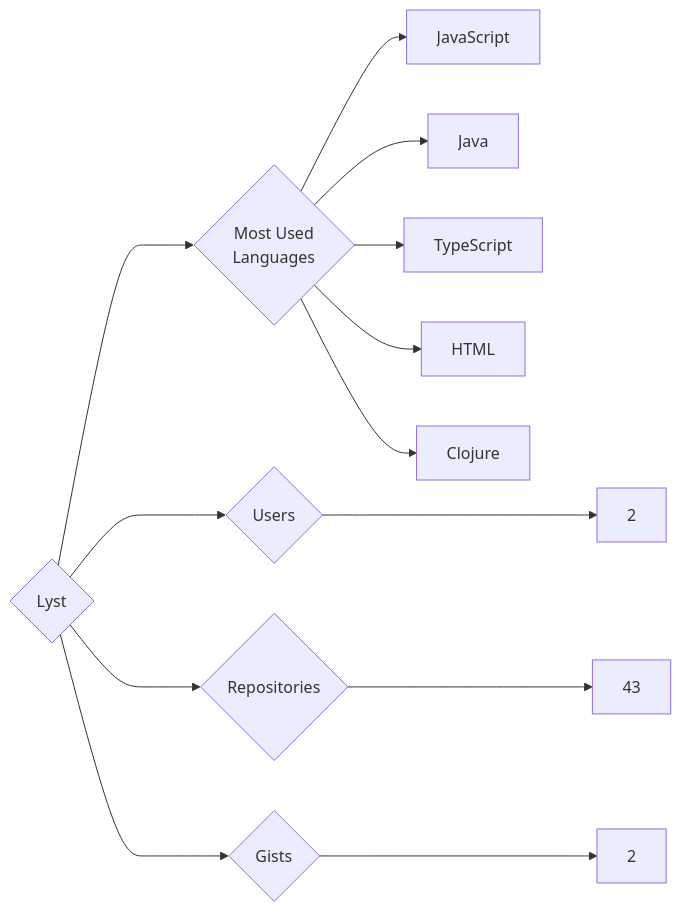
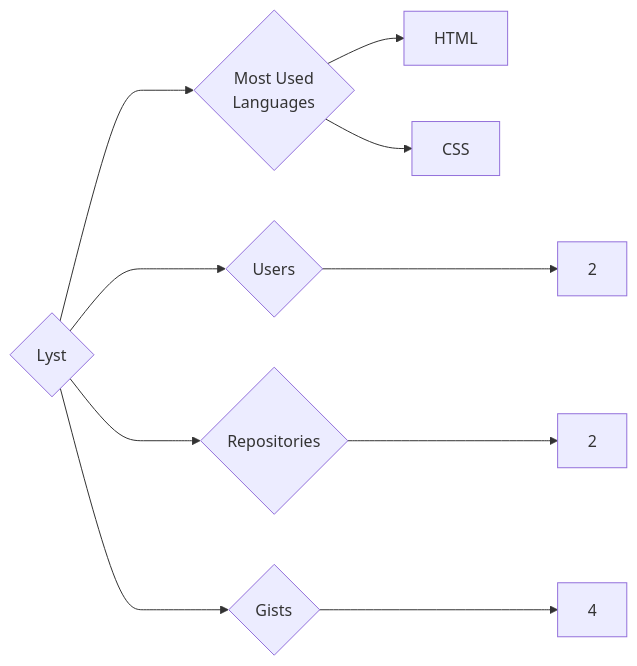
One commit to trickest/insiders changed the diagram in targets/Lyst/README.md. Above: the diagram before and after it, drawn with Mermaid. The commit also changed 1389 other files, not shown here.

````diff
--- a/targets/Lyst/README.md
+++ b/targets/Lyst/README.md
@@ -3,13 +3,10 @@
 ```mermaid
 graph LR
 COMPANY_NAME{Lyst}
 COMPANY_NAME ---> U{Users} ---> UN[2]
-COMPANY_NAME ---> R{Repositories} ---> RN[43]
-COMPANY_NAME ---> G{Gists} ---> GN[2]
+COMPANY_NAME ---> R{Repositories} ---> RN[2]
+COMPANY_NAME ---> G{Gists} ---> GN[4]
 COMPANY_NAME ---> ML{Most Used<br>Languages}
-ML --> JavaScript[JavaScript]
-ML --> Java[Java]
-ML --> TypeScript[TypeScript]
 ML --> HTML[HTML]
-ML --> Clojure[Clojure]
+ML --> CSS[CSS]
 ```
````
